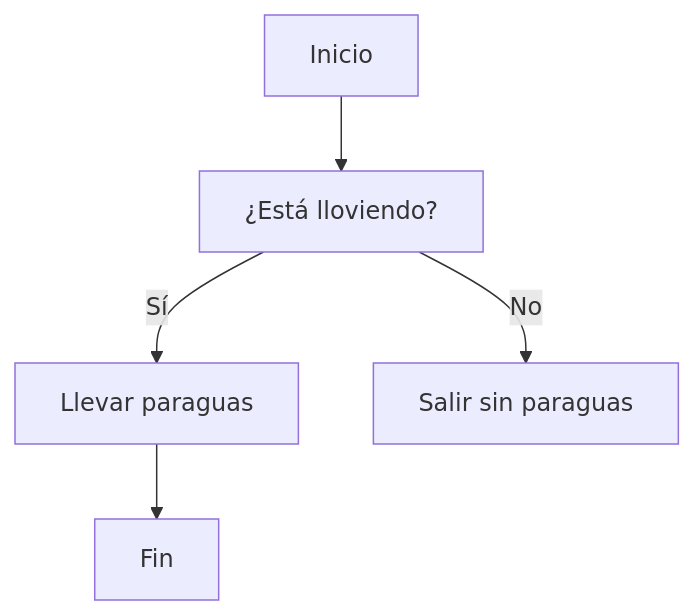
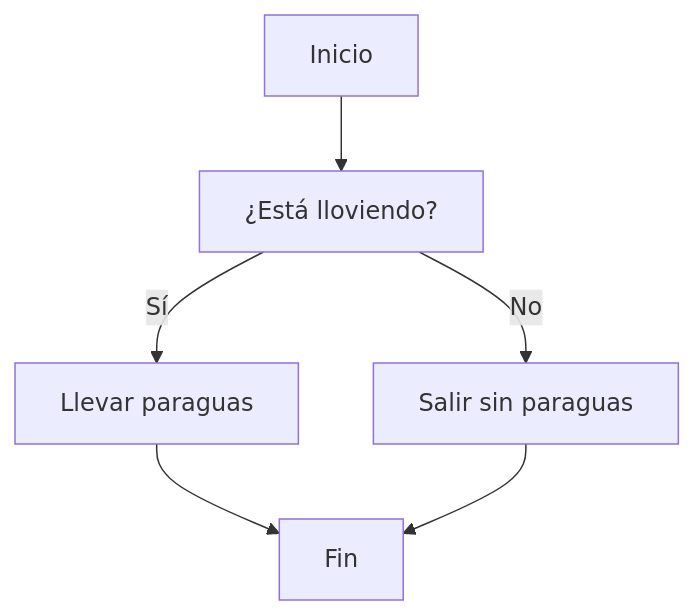
Before and after one commit to soyLibraco/paquetes: the diagram in README.md, drawn with Mermaid.

Commit message:
Diagrama en README

````diff
--- a/README.md
+++ b/README.md
@@ -9,7 +9,8 @@
 ```mermaid
 flowchart TD
     A[Inicio] --> B[¿Está lloviendo?]
     B --> |Sí| C[Llevar paraguas]
     B --> |No| D[Salir sin paraguas]
     C --> E[Fin]
+    D --> E
 ```
````
